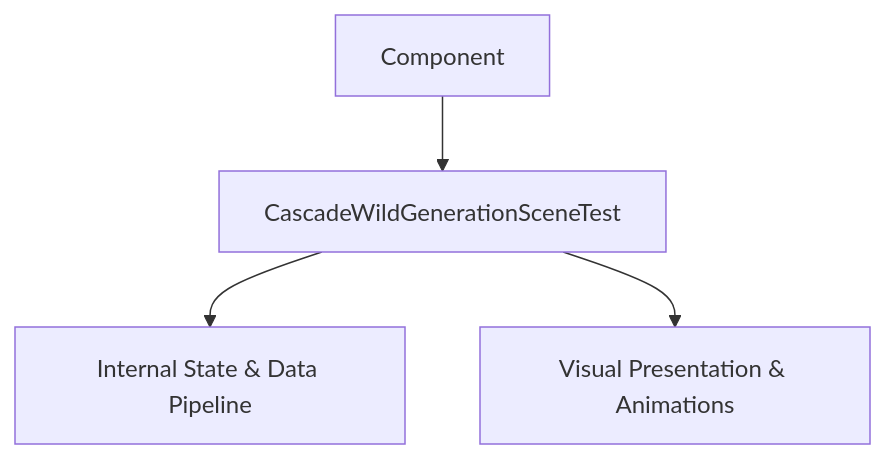
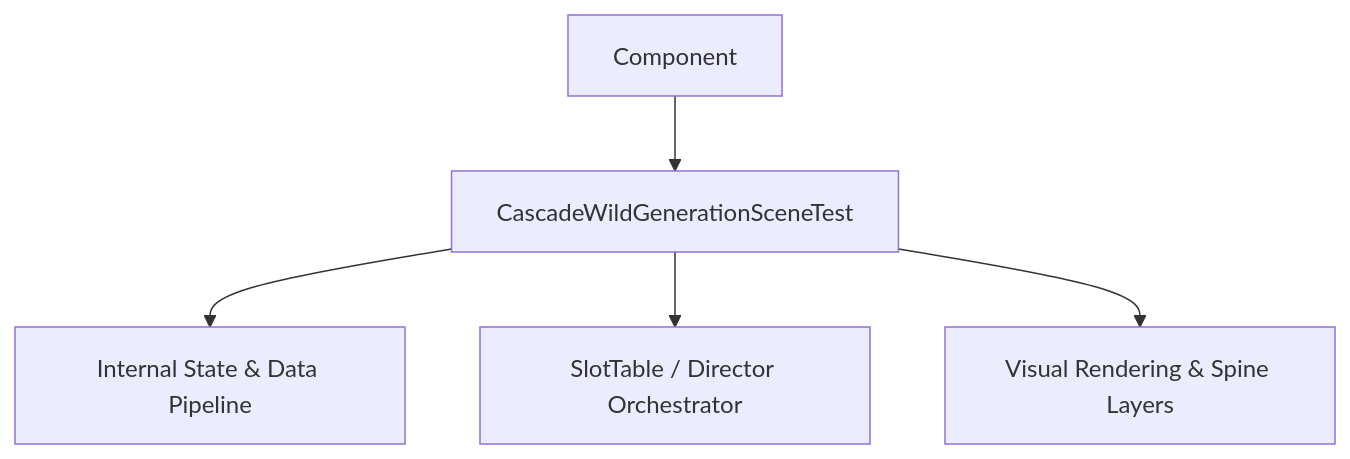
The diagram in docs/cc_slot_mechanics/modules/CascadeWildGenerationSceneTest/01_overview/01_architecture_and_role.md (lam-ark/mcp-fwcc), drawn with Mermaid before and after one commit. The commit also changed other lines of this file and 2509 other files, not shown here.

````diff
--- a/docs/cc_slot_mechanics/modules/CascadeWildGenerationSceneTest/01_overview/01_architecture_and_role.md
+++ b/docs/cc_slot_mechanics/modules/CascadeWildGenerationSceneTest/01_overview/01_architecture_and_role.md
@@ -18,6 +24,7 @@
 ```mermaid
 graph TD
-    Parent[Component] --> Mod[CascadeWildGenerationSceneTest]
-    Mod --> State[Internal State & Data Pipeline]
-    Mod --> Render[Visual Presentation & Animations]
+    SuperClass[Component] --> TargetClass[CascadeWildGenerationSceneTest]
+    TargetClass --> DataPipeline[Internal State & Data Pipeline]
+    TargetClass --> Orchestrator[SlotTable / Director Orchestrator]
+    TargetClass --> ViewLayer[Visual Rendering & Spine Layers]
 ```
````
